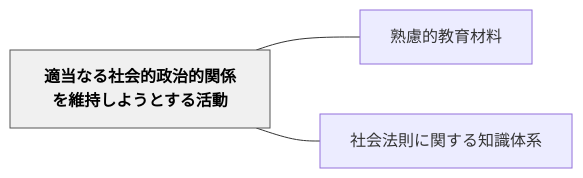
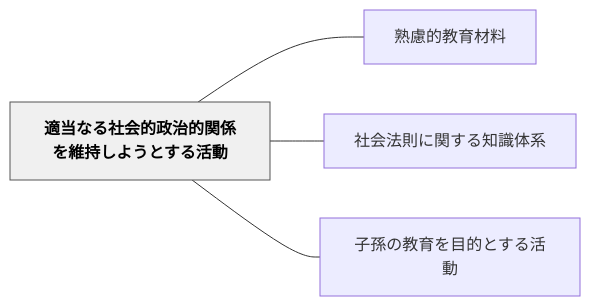
One commit to unknownthings-ed-patterns/unknownthings-ed-patterns changed the diagram in content/パタン/適当なる社会的政治的関係を維持しようとする活動.md. Above: the diagram before and after it, drawn with Mermaid. The commit also changed other lines of this file and 100 other files, not shown here.

````diff
--- a/content/パタン/適当なる社会的政治的関係を維持しようとする活動.md
+++ b/content/パタン/適当なる社会的政治的関係を維持しようとする活動.md
@@ -42,12 +43,14 @@
 ```mermaid
 flowchart LR
     ne981a9e5bd93e381aae3828be7a4bee4bc9ae79a84e694bfe6b2bbe79a84e996a2e4bf82e38292e7b6ade68c81e38197e38288e38186e381a8e38199e3828be6b4bbe58b95["適当なる社会的政治的関係を維持しようとする活動"]
     ne7869fe685aee79a84e69599e882b2e69d90e69699["熟慮的教育材料"]
     ne7a4bee4bc9ae6b395e58987e381abe996a2e38199e3828be79fa5e8ad98e4bd93e7b3bb["社会法則に関する知識体系"]
+    ne5ad90e5adabe381aee69599e882b2e38292e79baee79a84e381a8e38199e3828be6b4bbe58b95["子孫の教育を目的とする活動"]
 
     ne981a9e5bd93e381aae3828be7a4bee4bc9ae79a84e694bfe6b2bbe79a84e996a2e4bf82e38292e7b6ade68c81e38197e38288e38186e381a8e38199e3828be6b4bbe58b95 --- ne7869fe685aee79a84e69599e882b2e69d90e69699
     ne981a9e5bd93e381aae3828be7a4bee4bc9ae79a84e694bfe6b2bbe79a84e996a2e4bf82e38292e7b6ade68c81e38197e38288e38186e381a8e38199e3828be6b4bbe58b95 --- ne7a4bee4bc9ae6b395e58987e381abe996a2e38199e3828be79fa5e8ad98e4bd93e7b3bb
+    ne981a9e5bd93e381aae3828be7a4bee4bc9ae79a84e694bfe6b2bbe79a84e996a2e4bf82e38292e7b6ade68c81e38197e38288e38186e381a8e38199e3828be6b4bbe58b95 --- ne5ad90e5adabe381aee69599e882b2e38292e79baee79a84e381a8e38199e3828be6b4bbe58b95
 
     classDef hub fill:#f0f0f0,stroke:#555,color:#000,font-weight:bold
     class ne981a9e5bd93e381aae3828be7a4bee4bc9ae79a84e694bfe6b2bbe79a84e996a2e4bf82e38292e7b6ade68c81e38197e38288e38186e381a8e38199e3828be6b4bbe58b95 hub
 ```
````
